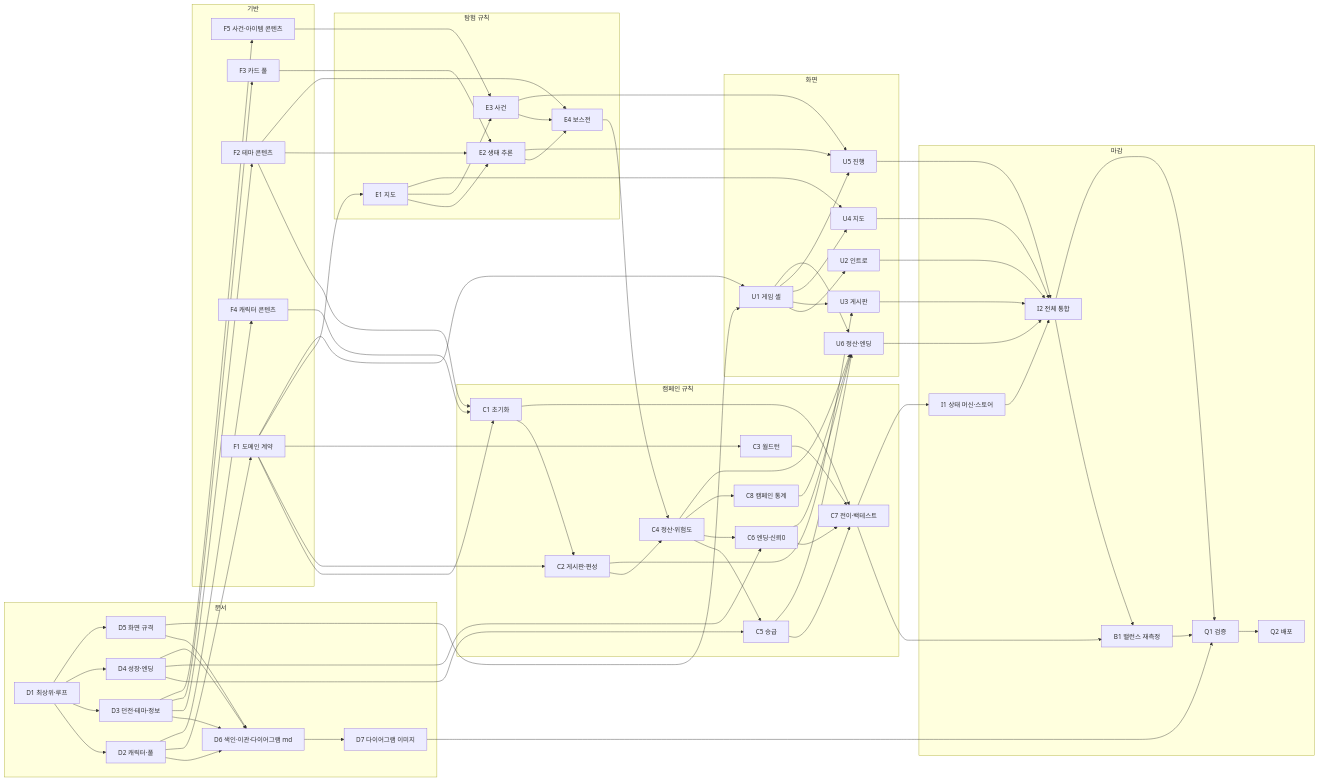
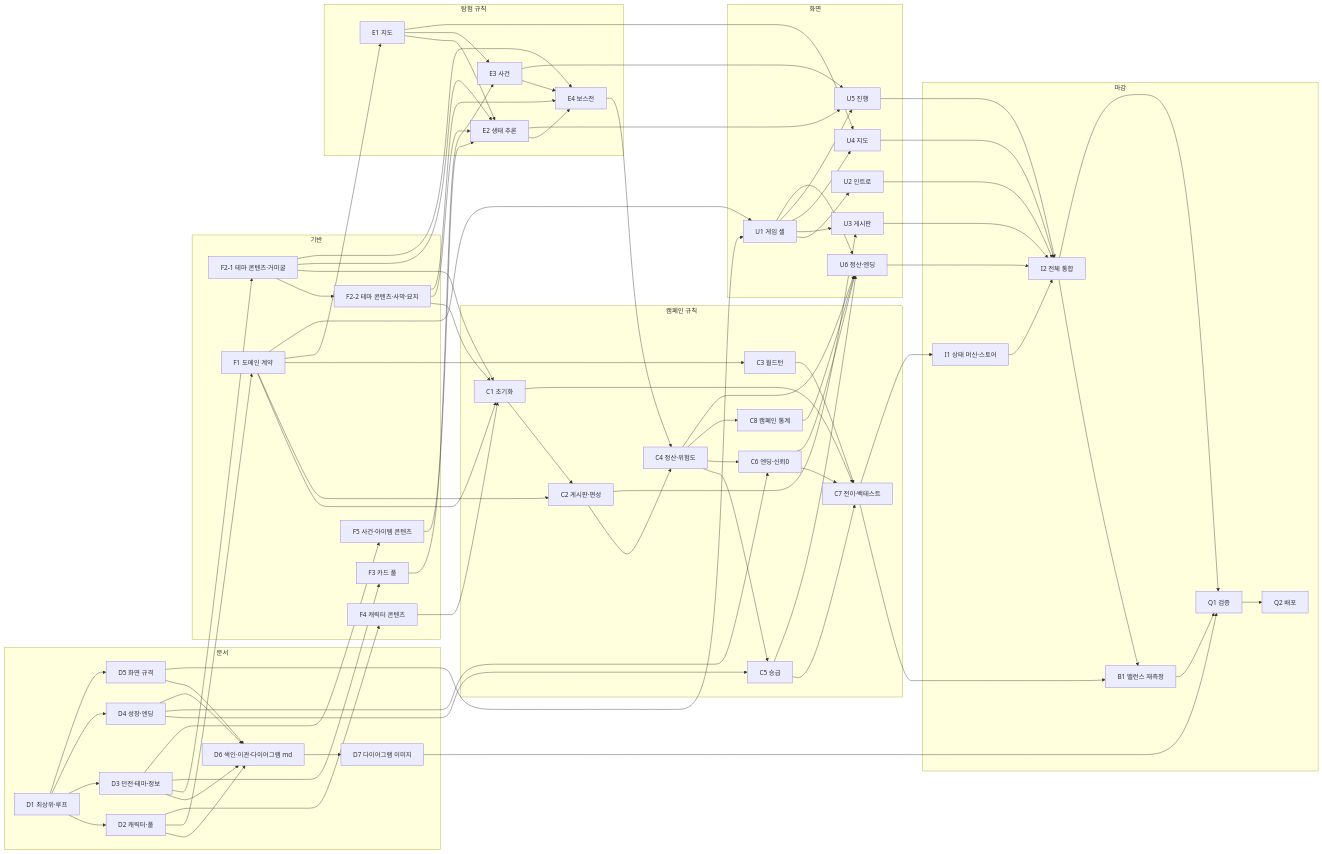
One commit to LatteBun/Dungeon_Schemer changed the diagram in docs/technical/CAMPAIGN_REWORK_WORK_ASSIGNMENT.md. Above: the diagram before and after it, drawn with Mermaid. The commit also changed other lines of this file and 1 other file, not shown here.

First line of the commit message:
배정표: F2를 거미굴·사막묘지 두 단계로 나눈다

```diff
--- a/docs/technical/CAMPAIGN_REWORK_WORK_ASSIGNMENT.md
+++ b/docs/technical/CAMPAIGN_REWORK_WORK_ASSIGNMENT.md
@@ -44,7 +44,8 @@
   end
   subgraph L1["기반"]
     F1["F1 도메인 계약"]
-    F2["F2 테마 콘텐츠"]
+    F2-1["F2-1 테마 콘텐츠·거미굴"]
+    F2-2["F2-2 테마 콘텐츠·사막·묘지"]
     F3["F3 카드 풀"]
     F4["F4 캐릭터 콘텐츠"]
     F5["F5 사건·아이템 콘텐츠"]
@@ -83,13 +84,15 @@
 
   D1 --> D2 & D3 & D4 & D5
   D2 --> D6 & F1 & F4
-  D3 --> D6 & F2 & F3 & F5
+  D3 --> D6 & F2-1 & F3 & F5
   D4 --> C5 & C6 & D6
   D5 --> D6 & U1
   D6 --> D7
   D7 --> Q1
   F1 --> C1 & C2 & C3 & E1 & U1
-  F2 --> C1 & E2 & E4
+  F2-1 --> F2-2
+  F2-1 --> C1 & E2 & E4
+  F2-2 --> C1 & E2 & E4
   F3 --> E2
   F4 --> C1
   F5 --> E3
```
